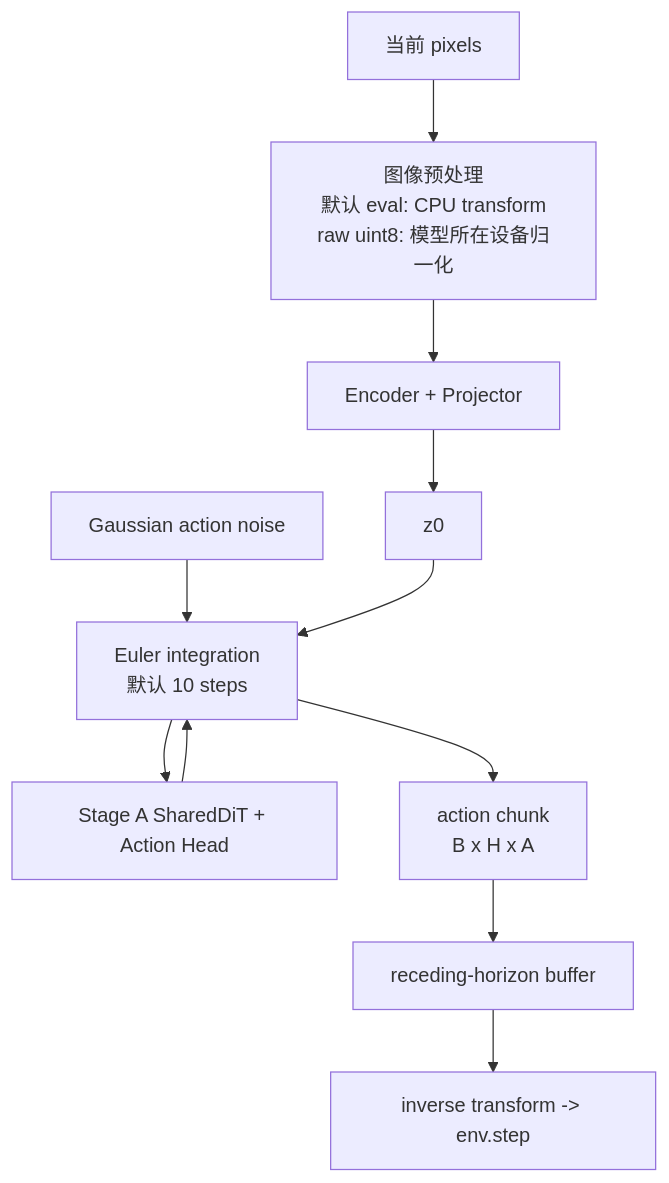
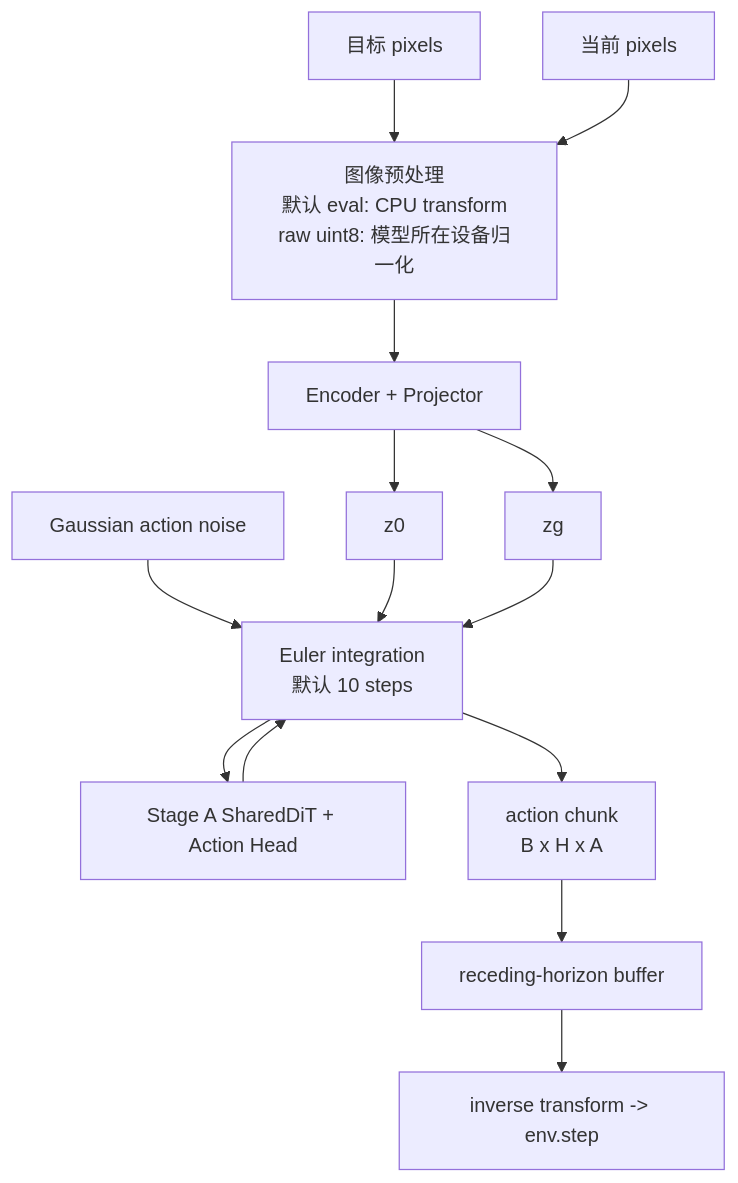
One commit to 040822/le-wm changed the fifth of 6 diagrams in docs/fast_lewam_diagrams.md. Above: the diagram before and after it, drawn with Mermaid. The commit also changed other lines of this file and 11 other files, not shown here.

````diff
--- a/docs/fast_lewam_diagrams.md
+++ b/docs/fast_lewam_diagrams.md
@@ -114,13 +119,16 @@
 ```mermaid
 flowchart TD
+    GOALOBS["目标 pixels"] --> PRE
     OBS["当前 pixels"] --> PRE["图像预处理<br/>默认 eval: CPU transform<br/>raw uint8: 模型所在设备归一化"]
     PRE --> ENC["Encoder + Projector"]
+    ENC --> ZG["zg"]
     ENC --> Z0["z0"]
     RNG["Gaussian action noise"] --> EULER["Euler integration<br/>默认 10 steps"]
     Z0 --> EULER
+    ZG --> EULER
     EULER --> DITA["Stage A SharedDiT + Action Head"]
     DITA --> EULER
     EULER --> CHUNK["action chunk<br/>B x H x A"]
     CHUNK --> BUF["receding-horizon buffer"]
     BUF --> ENV["inverse transform -> env.step"]
 ```
````
